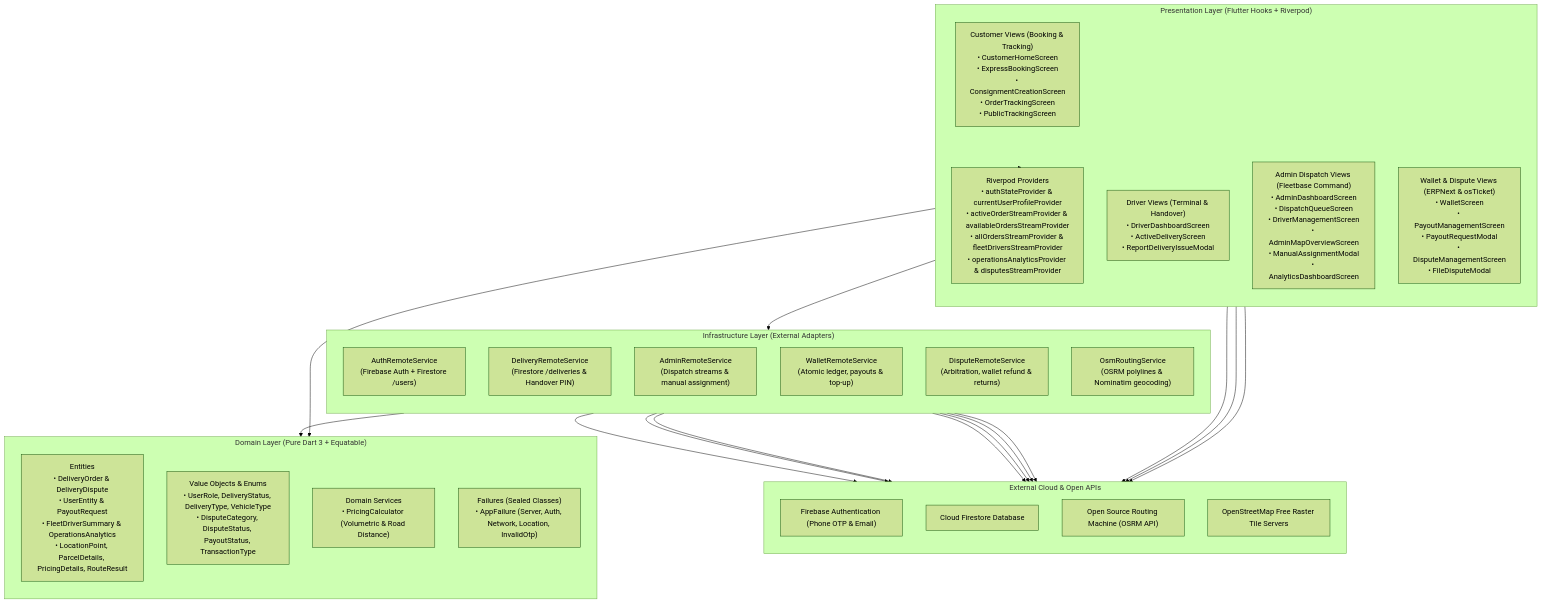
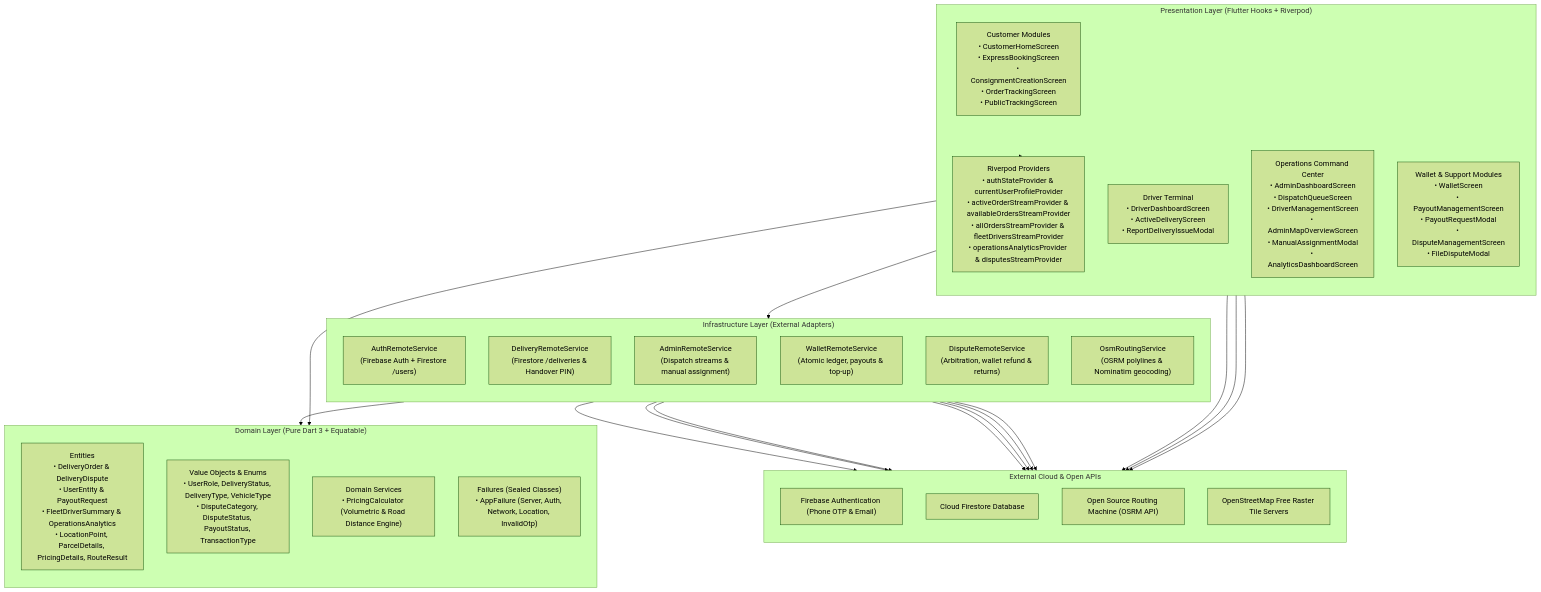
Before and after one commit to Lekki369/e_hailer: the first of 5 diagrams in architecture.md, drawn with Mermaid (forest theme). The commit also changed other lines of this file and 1 other file, not shown here.

Commit message:
docs(architecture): format architecture specifications to be 100% first-party without external references

````diff
--- a/architecture.md
+++ b/architecture.md
@@ -30,54 +47,54 @@
 ```mermaid
 flowchart TD
     subgraph UI["Presentation Layer (Flutter Hooks + Riverpod)"]
         direction TB
-        CustomerScreens["Customer Views (Booking & Tracking)\n• CustomerHomeScreen\n• ExpressBookingScreen\n• ConsignmentCreationScreen\n• OrderTrackingScreen\n• PublicTrackingScreen"]
-        DriverScreens["Driver Views (Terminal & Handover)\n• DriverDashboardScreen\n• ActiveDeliveryScreen\n• ReportDeliveryIssueModal"]
-        AdminScreens["Admin Dispatch Views (Fleetbase Command)\n• AdminDashboardScreen\n• DispatchQueueScreen\n• DriverManagementScreen\n• AdminMapOverviewScreen\n• ManualAssignmentModal\n• AnalyticsDashboardScreen"]
-        WalletScreens["Wallet & Dispute Views (ERPNext & osTicket)\n• WalletScreen\n• PayoutManagementScreen\n• PayoutRequestModal\n• DisputeManagementScreen\n• FileDisputeModal"]
+        CustomerViews["Customer Modules\n• CustomerHomeScreen\n• ExpressBookingScreen\n• ConsignmentCreationScreen\n• OrderTrackingScreen\n• PublicTrackingScreen"]
+        DriverViews["Driver Terminal\n• DriverDashboardScreen\n• ActiveDeliveryScreen\n• ReportDeliveryIssueModal"]
+        AdminViews["Operations Command Center\n• AdminDashboardScreen\n• DispatchQueueScreen\n• DriverManagementScreen\n• AdminMapOverviewScreen\n• ManualAssignmentModal\n• AnalyticsDashboardScreen"]
+        FinancialViews["Wallet & Support Modules\n• WalletScreen\n• PayoutManagementScreen\n• PayoutRequestModal\n• DisputeManagementScreen\n• FileDisputeModal"]
         
-        RiverpodProviders["Riverpod Providers\n• authStateProvider & currentUserProfileProvider\n• activeOrderStreamProvider & availableOrdersStreamProvider\n• allOrdersStreamProvider & fleetDriversStreamProvider\n• operationsAnalyticsProvider & disputesStreamProvider"]
+        StateProviders["Riverpod Providers\n• authStateProvider & currentUserProfileProvider\n• activeOrderStreamProvider & availableOrdersStreamProvider\n• allOrdersStreamProvider & fleetDriversStreamProvider\n• operationsAnalyticsProvider & disputesStreamProvider"]
     end
 
     subgraph Domain["Domain Layer (Pure Dart 3 + Equatable)"]
         direction TB
-        Entities["Entities\n• DeliveryOrder & DeliveryDispute\n• UserEntity & PayoutRequest\n• FleetDriverSummary & OperationsAnalytics\n• LocationPoint, ParcelDetails, PricingDetails, RouteResult"]
+        DomainEntities["Entities\n• DeliveryOrder & DeliveryDispute\n• UserEntity & PayoutRequest\n• FleetDriverSummary & OperationsAnalytics\n• LocationPoint, ParcelDetails, PricingDetails, RouteResult"]
         ValueObjects["Value Objects & Enums\n• UserRole, DeliveryStatus, DeliveryType, VehicleType\n• DisputeCategory, DisputeStatus, PayoutStatus, TransactionType"]
-        DomainServices["Domain Services\n• PricingCalculator (Volumetric & Road Distance)"]
+        DomainServices["Domain Services\n• PricingCalculator (Volumetric & Road Distance Engine)"]
         Failures["Failures (Sealed Classes)\n• AppFailure (Server, Auth, Network, Location, InvalidOtp)"]
     end
 
     subgraph Infrastructure["Infrastructure Layer (External Adapters)"]
         direction TB
         AuthService["AuthRemoteService\n(Firebase Auth + Firestore /users)"]
         DeliveryService["DeliveryRemoteService\n(Firestore /deliveries & Handover PIN)"]
         AdminService["AdminRemoteService\n(Dispatch streams & manual assignment)"]
         WalletService["WalletRemoteService\n(Atomic ledger, payouts & top-up)"]
         DisputeService["DisputeRemoteService\n(Arbitration, wallet refund & returns)"]
         OsmService["OsmRoutingService\n(OSRM polylines & Nominatim geocoding)"]
     end
 
     subgraph CloudServices["External Cloud & Open APIs"]
         direction TB
         FirebaseAuth["Firebase Authentication (Phone OTP & Email)"]
         Firestore["Cloud Firestore Database"]
         OSRM["Open Source Routing Machine (OSRM API)"]
         OSM["OpenStreetMap Free Raster Tile Servers"]
     end
 
-    UI --> RiverpodProviders
-    RiverpodProviders --> Infrastructure
+    UI --> StateProviders
+    StateProviders --> Infrastructure
     Infrastructure --> Domain
     UI --> Domain
     
     AuthService --> FirebaseAuth
     AuthService --> Firestore
     DeliveryService --> Firestore
     AdminService --> Firestore
     WalletService --> Firestore
     DisputeService --> Firestore
     OsmService --> OSRM
-    CustomerScreens --> OSM
-    DriverScreens --> OSM
-    AdminScreens --> OSM
+    CustomerViews --> OSM
+    DriverViews --> OSM
+    AdminViews --> OSM
 ```
````
